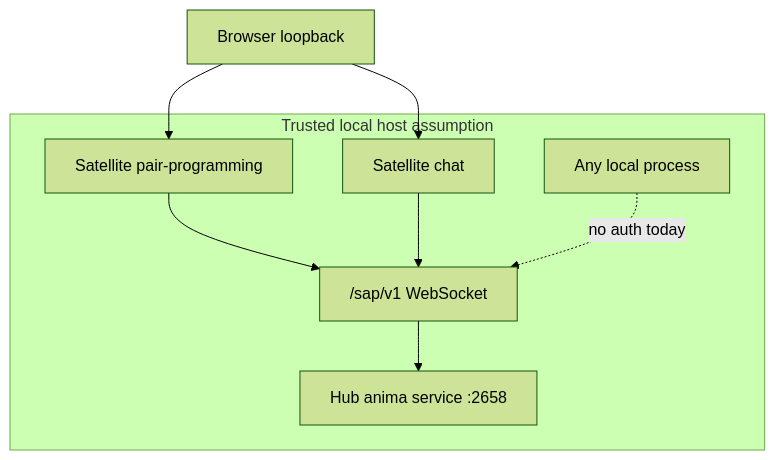
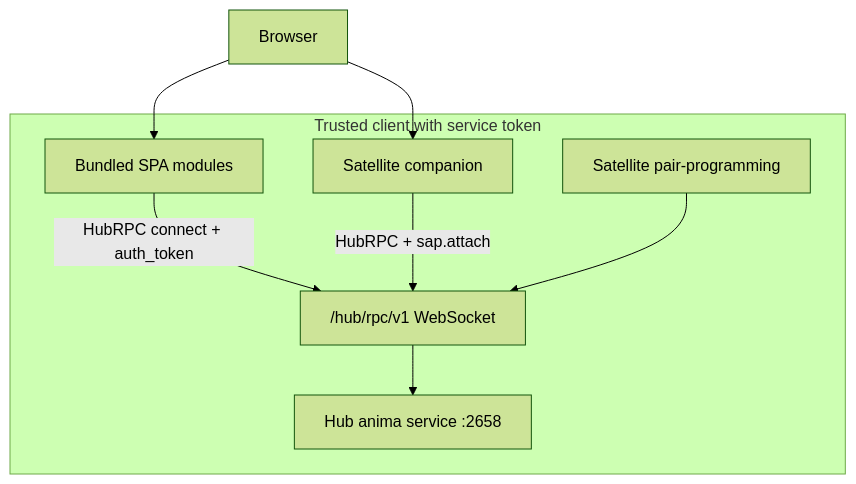
One commit to freeanima-org/freeanima changed the diagram in docs/sap/security-model.md. Above: the diagram before and after it, drawn with Mermaid (forest theme). The commit also changed other lines of this file and 109 other files, not shown here.

First line of the commit message:
feat(hub-rpc): 引入 Hub RPC 传输层并移除 connectionKind

````diff
--- a/docs/sap/security-model.md
+++ b/docs/sap/security-model.md
@@ -11,17 +11,17 @@
 ```mermaid
 flowchart TB
-  subgraph trusted [Trusted local host assumption]
+  subgraph trusted [Trusted client with service token]
     Hub["Hub anima service :2658"]
-    SapEndpoint["/sap/v1 WebSocket"]
-    SatA[Satellite pair-programming]
-    SatB[Satellite chat]
-    Other[Any local process]
+    RpcEndpoint["/hub/rpc/v1 WebSocket"]
+    Bundled[Bundled SPA modules]
+    SatA[Satellite companion]
+    SatB[Satellite pair-programming]
   end
-  Browser[Browser loopback]
+  Browser[Browser]
+  Browser --> Bundled
   Browser --> SatA
-  Browser --> SatB
-  SatA --> SapEndpoint
-  SatB --> SapEndpoint
-  Other -.->|"no auth today"| SapEndpoint
-  SapEndpoint --> Hub
+  Bundled -->|"HubRPC connect + auth_token"| RpcEndpoint
+  SatA -->|"HubRPC + sap.attach"| RpcEndpoint
+  SatB --> RpcEndpoint
+  RpcEndpoint --> Hub
 ```
````
